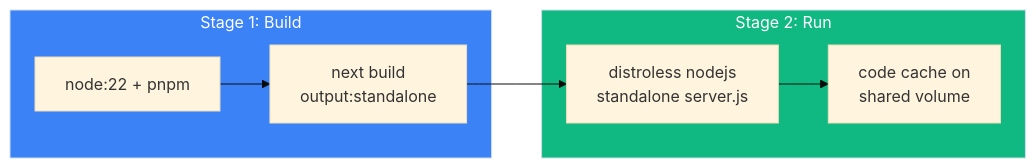
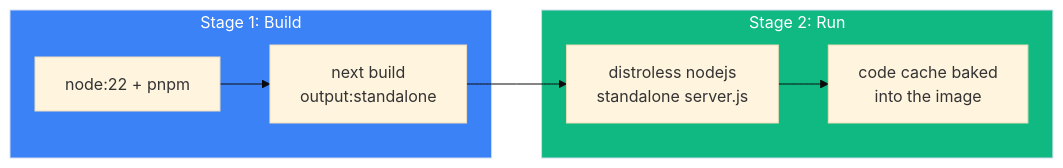
The sixth of 8 diagrams in docs/ARCHITECTURE.md (getknext-dev/knext), drawn with Mermaid (base theme) before and after one commit. The commit also changed other lines of this file and 7 other files, not shown here.

````diff
--- a/docs/ARCHITECTURE.md
+++ b/docs/ARCHITECTURE.md
@@ -376,14 +376,14 @@
 ```mermaid
 flowchart LR
     subgraph Stage1["Stage 1: Build"]
         A["node:22 + pnpm"] --> B["next build<br/>output:standalone"]
     end
 
     subgraph Stage2["Stage 2: Run"]
         B --> C["distroless nodejs<br/>standalone server.js"]
-        C --> D["code cache on<br/>shared volume"]
+        C --> D["code cache baked<br/>into the image"]
     end
 
     style Stage1 fill:#3b82f6,color:#fff
     style Stage2 fill:#10b981,color:#fff
 ```
````
